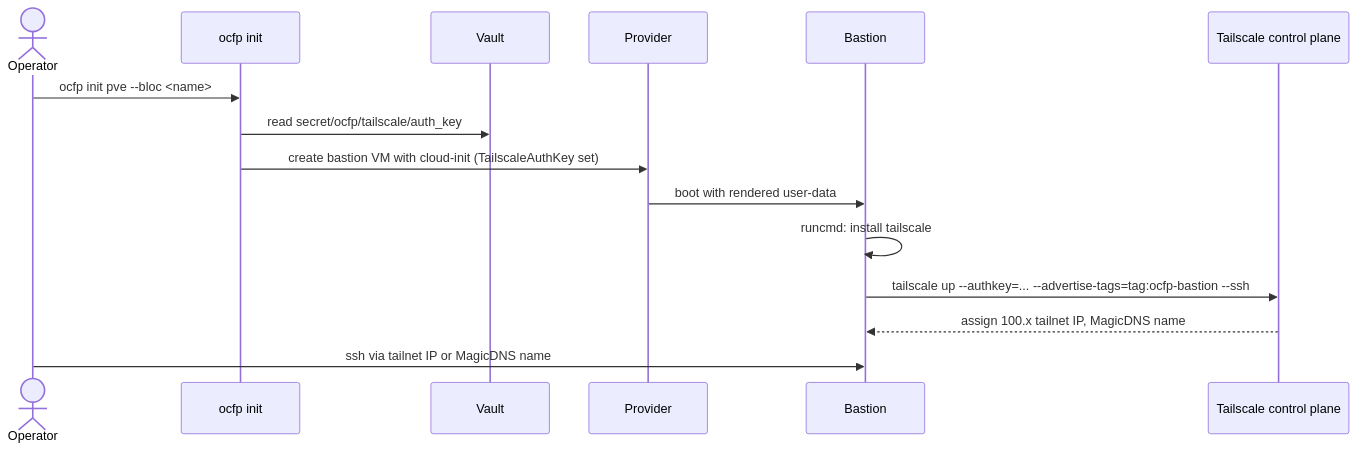
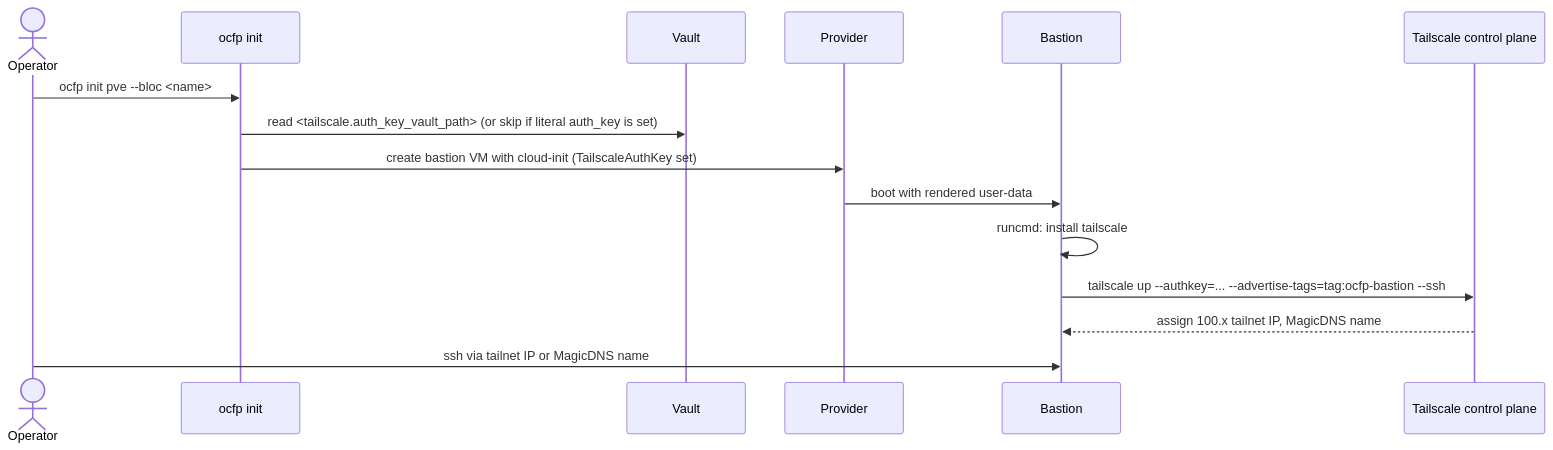
One commit to fivetwenty-io/ocfp-cli changed the diagram in docs/init/bastion-tailscale.md. Above: the diagram before and after it, drawn with Mermaid. The commit also changed other lines of this file and 6 other files, not shown here.

````diff
--- a/docs/init/bastion-tailscale.md
+++ b/docs/init/bastion-tailscale.md
@@ -124,18 +165,18 @@
 ```mermaid
 sequenceDiagram
     actor Operator
     participant ocfp as ocfp init
     participant Vault
     participant PVE as Provider
     participant Bastion
     participant TS as Tailscale control plane
 
     Operator->>ocfp: ocfp init pve --bloc <name>
-    ocfp->>Vault: read secret/ocfp/tailscale/auth_key
+    ocfp->>Vault: read <tailscale.auth_key_vault_path> (or skip if literal auth_key is set)
     ocfp->>PVE: create bastion VM with cloud-init (TailscaleAuthKey set)
     PVE->>Bastion: boot with rendered user-data
     Bastion->>Bastion: runcmd: install tailscale
     Bastion->>TS: tailscale up --authkey=... --advertise-tags=tag:ocfp-bastion --ssh
     TS-->>Bastion: assign 100.x tailnet IP, MagicDNS name
     Operator->>Bastion: ssh via tailnet IP or MagicDNS name
 ```
````
